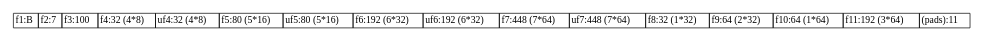
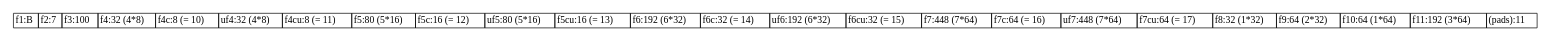
Before and after one commit to sireum/bitcodec-examples: the diagram in src/basic/basic-spec.dot, drawn with Graphviz. The commit also changed 16 other files, not shown here.

```diff
--- a/src/basic/basic-spec.dot
+++ b/src/basic/basic-spec.dot
@@ -1,13 +1,13 @@
 digraph G {
   rankdir = LR;
   graph [splines=ortho];
   node [shape=plaintext];
   edge [arrowhead=vee];
 
   n0 [label=<
     <TABLE BORDER="0" CELLBORDER="1" CELLSPACING="0" TOOLTIP="Foo" HREF="#">
-      <TR><TD>f1:B</TD><TD>f2:7</TD><TD>f3:100</TD><TD>f4:32 (4*8)</TD><TD>uf4:32 (4*8)</TD><TD>f5:80 (5*16)</TD><TD>uf5:80 (5*16)</TD><TD>f6:192 (6*32)</TD><TD>uf6:192 (6*32)</TD><TD>f7:448 (7*64)</TD><TD>uf7:448 (7*64)</TD><TD>f8:32 (1*32)</TD><TD>f9:64 (2*32)</TD><TD>f10:64 (1*64)</TD><TD>f11:192 (3*64)</TD><TD>(pads):11</TD></TR>
+      <TR><TD>f1:B</TD><TD>f2:7</TD><TD>f3:100</TD><TD>f4:32 (4*8)</TD><TD>f4c:8 (= 10)</TD><TD>uf4:32 (4*8)</TD><TD>f4cu:8 (= 11)</TD><TD>f5:80 (5*16)</TD><TD>f5c:16 (= 12)</TD><TD>uf5:80 (5*16)</TD><TD>f5cu:16 (= 13)</TD><TD>f6:192 (6*32)</TD><TD>f6c:32 (= 14)</TD><TD>uf6:192 (6*32)</TD><TD>f6cu:32 (= 15)</TD><TD>f7:448 (7*64)</TD><TD>f7c:64 (= 16)</TD><TD>uf7:448 (7*64)</TD><TD>f7cu:64 (= 17)</TD><TD>f8:32 (1*32)</TD><TD>f9:64 (2*32)</TD><TD>f10:64 (1*64)</TD><TD>f11:192 (3*64)</TD><TD>(pads):11</TD></TR>
     </TABLE>
   >];
 
 }
```
